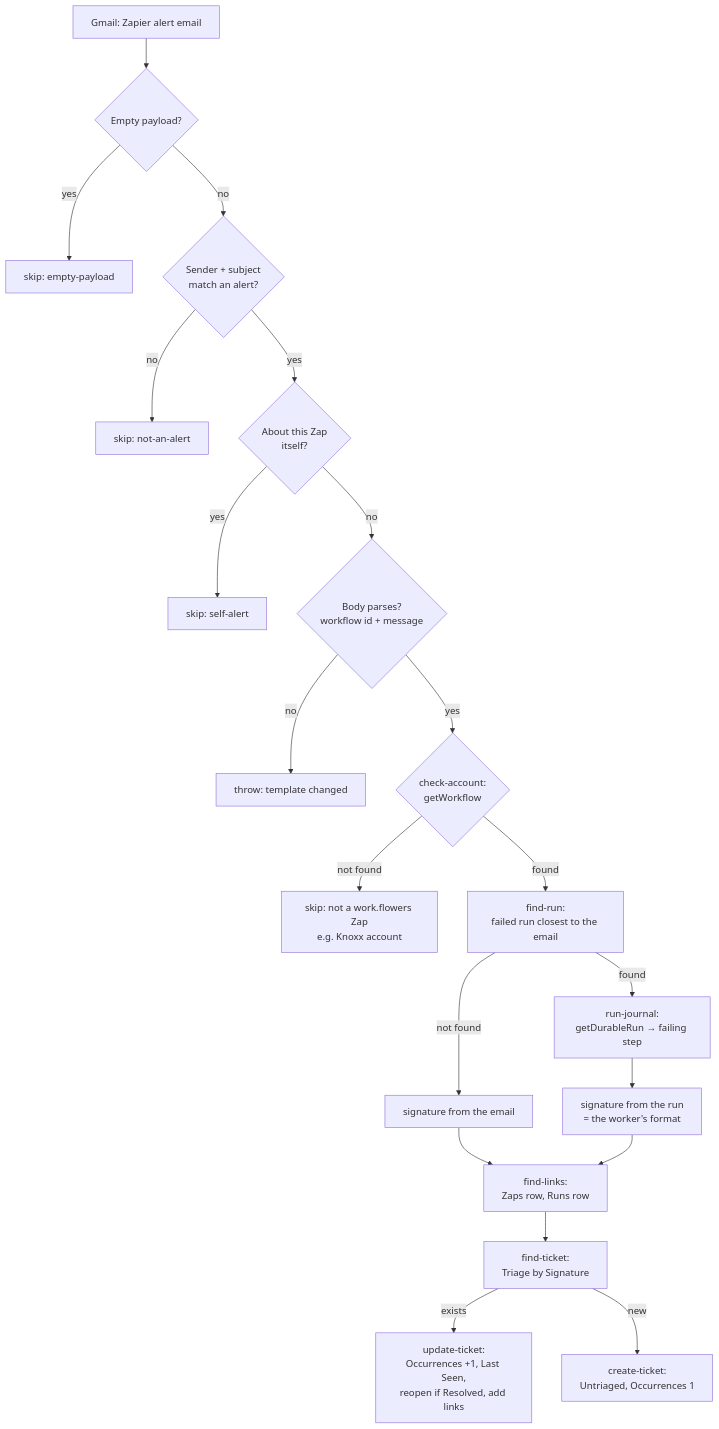
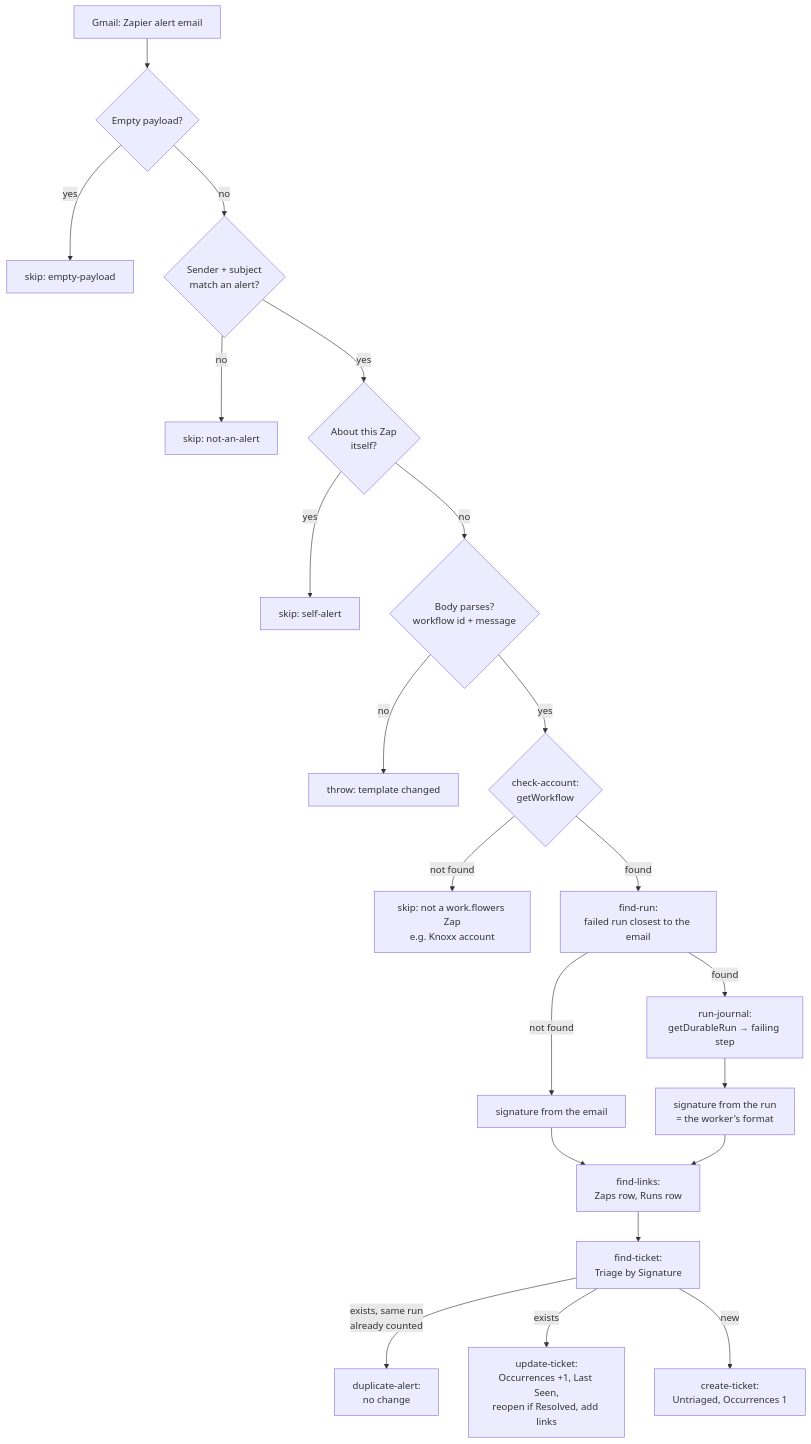
The diagram in zapier-error-email-to-triage/README.md (work-flowers/zapier-sdk), drawn with Mermaid before and after one commit. The commit also changed other lines of this file and 5 other files, not shown here.

````diff
--- a/zapier-error-email-to-triage/README.md
+++ b/zapier-error-email-to-triage/README.md
@@ -28,22 +44,23 @@
 ```mermaid
 flowchart TD
   A[Gmail: Zapier alert email] --> B{Empty payload?}
   B -- yes --> Z1[skip: empty-payload]
   B -- no --> C{Sender + subject<br/>match an alert?}
   C -- no --> Z2[skip: not-an-alert]
   C -- yes --> SA{About this Zap<br/>itself?}
   SA -- yes --> Z4[skip: self-alert]
   SA -- no --> D{Body parses?<br/>workflow id + message}
   D -- no --> X[throw: template changed]
   D -- yes --> E{check-account:<br/>getWorkflow}
   E -- not found --> Z3[skip: not a work.flowers Zap<br/>e.g. Knoxx account]
   E -- found --> R[find-run:<br/>failed run closest to the email]
   R -- found --> J[run-journal:<br/>getDurableRun → failing step]
   R -- not found --> S[signature from the email]
   J --> S2[signature from the run<br/>= the worker's format]
   S --> L[find-links:<br/>Zaps row, Runs row]
   S2 --> L
   L --> F[find-ticket:<br/>Triage by Signature]
+  F -- exists, same run<br/>already counted --> Z5[duplicate-alert:<br/>no change]
   F -- exists --> G[update-ticket:<br/>Occurrences +1, Last Seen,<br/>reopen if Resolved, add links]
   F -- new --> H[create-ticket:<br/>Untriaged, Occurrences 1]
 ```
````
